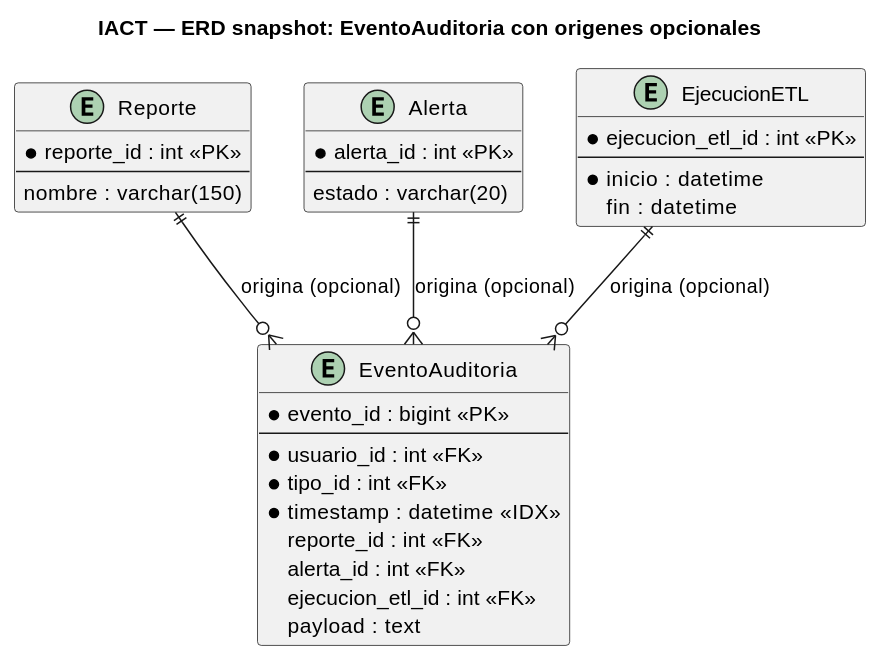
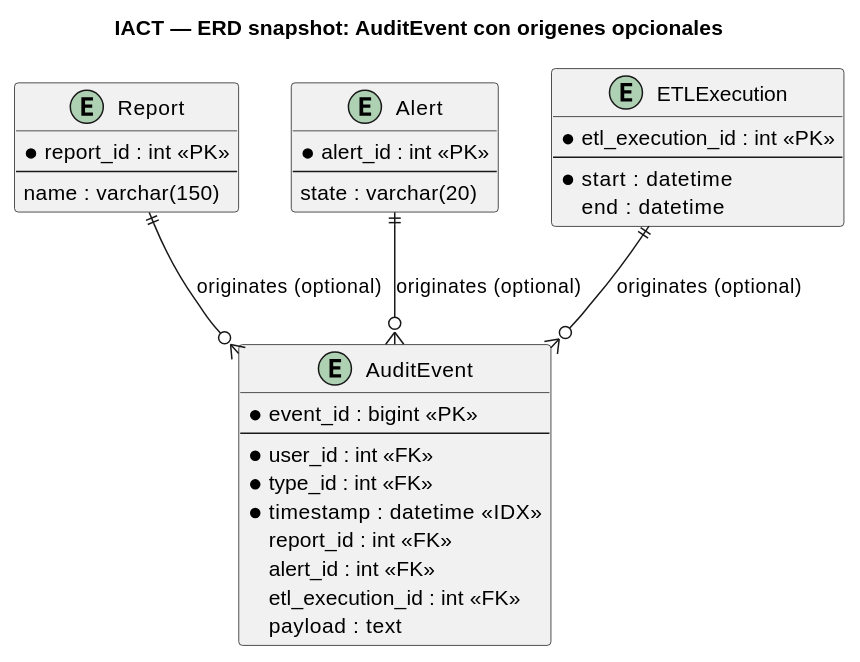
The diagram in source/requisitos/_metodologia-aplicacion/analisis-dominio/ejemplo-iact-eventoauditoria-con-fk-opcionales.rst (jcg-admin/IACT-docs), drawn with PlantUML before and after one commit. The commit also changed 21 other files, not shown here.

```diff
--- a/source/requisitos/_metodologia-aplicacion/analisis-dominio/ejemplo-iact-eventoauditoria-con-fk-opcionales.rst
+++ b/source/requisitos/_metodologia-aplicacion/analisis-dominio/ejemplo-iact-eventoauditoria-con-fk-opcionales.rst
@@ -9,40 +9,40 @@
 .. uml::
 
    @startuml
-   title IACT — ERD snapshot: EventoAuditoria con origenes opcionales
+   title IACT — ERD snapshot: AuditEvent con origenes opcionales
 
-   entity EventoAuditoria {
-     * evento_id : bigint <<PK>>
+   entity AuditEvent {
+     * event_id : bigint <<PK>>
      --
-     * usuario_id : int <<FK>>
-     * tipo_id : int <<FK>>
+     * user_id : int <<FK>>
+     * type_id : int <<FK>>
      * timestamp : datetime <<IDX>>
-     reporte_id : int <<FK>>
-     alerta_id : int <<FK>>
-     ejecucion_etl_id : int <<FK>>
+     report_id : int <<FK>>
+     alert_id : int <<FK>>
+     etl_execution_id : int <<FK>>
      payload : text
    }
 
-   entity Reporte {
-     * reporte_id : int <<PK>>
+   entity Report {
+     * report_id : int <<PK>>
      --
-     nombre : varchar(150)
+     name : varchar(150)
    }
 
-   entity Alerta {
-     * alerta_id : int <<PK>>
+   entity Alert {
+     * alert_id : int <<PK>>
      --
-     estado : varchar(20)
+     state : varchar(20)
    }
 
-   entity EjecucionETL {
-     * ejecucion_etl_id : int <<PK>>
+   entity ETLExecution {
+     * etl_execution_id : int <<PK>>
      --
-     * inicio : datetime
-     fin : datetime
+     * start : datetime
+     end : datetime
    }
 
-   Reporte ||--o{ EventoAuditoria : "origina (opcional)"
-   Alerta ||--o{ EventoAuditoria : "origina (opcional)"
-   EjecucionETL ||--o{ EventoAuditoria : "origina (opcional)"
+   Report ||--o{ AuditEvent : "originates (optional)"
+   Alert ||--o{ AuditEvent : "originates (optional)"
+   ETLExecution ||--o{ AuditEvent : "originates (optional)"
    @enduml
```
